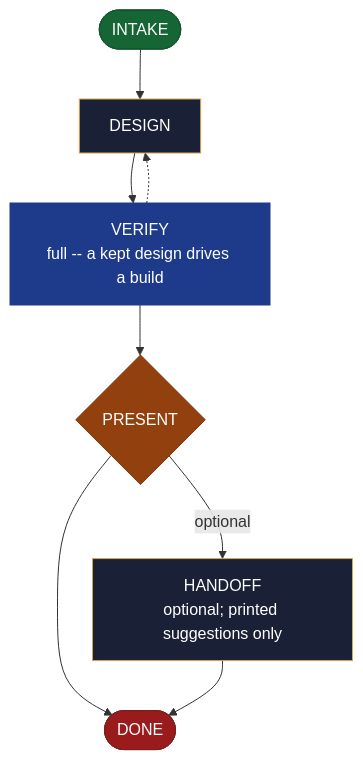
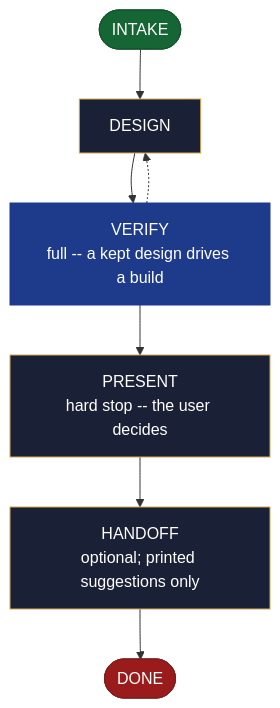
One commit to AndreVianna/aid-methodology changed the diagram in site/src/content/docs/skills/aid-design.md. Above: the diagram before and after it, drawn with Mermaid. The commit also changed other lines of this file and 195 other files, not shown here.

First line of the commit message:
delivery-002 review fix (cycle 1): sub-step pointers are notes, not advance lines; orchestrate under its line cap, question rule cited not restated; residual flow rungs read advance words; site regenerated; ledger rows marked Fixed (D3-11 left open)

````diff
--- a/site/src/content/docs/skills/aid-design.md
+++ b/site/src/content/docs/skills/aid-design.md
@@ -20,34 +20,33 @@
 ```mermaid
 flowchart TB
   classDef aidNode color:#fff
   classDef aidEntry fill:#166534,stroke:#14532d,color:#fff
   classDef aidExit fill:#991b1b,stroke:#7f1d1d,color:#fff
   classDef aidDecision fill:#92400e,stroke:#78350f,color:#fff
   classDef aidLoopBack fill:#1e3a8a,stroke:#1e3a8a,color:#fff
   classDef aidStep fill:#1a2035,stroke:#d4a853,color:#f1f5f9
   n1(["INTAKE"])
   n2["DESIGN"]
   n3["VERIFY<br/>full -- a kept design drives a build"]
-  n4{"PRESENT"}
+  n4["PRESENT<br/>hard stop -- the user decides"]
   n5["HANDOFF<br/>optional; printed suggestions only"]
   n6(["DONE"])
   n1 --> n2
   n2 --> n3
   n3 -.-> n2
   n3 --> n4
-  n4 -->|"optional"| n5
-  n4 --> n6
+  n4 --> n5
   n5 --> n6
   class n1 aidEntry
   class n2 aidStep
   class n3 aidLoopBack
-  class n4 aidDecision
+  class n4 aidStep
   class n5 aidStep
   class n6 aidExit
   class n1 aidNode
   class n2 aidNode
   class n3 aidNode
   class n4 aidNode
   class n5 aidNode
   class n6 aidNode
 ```
````
